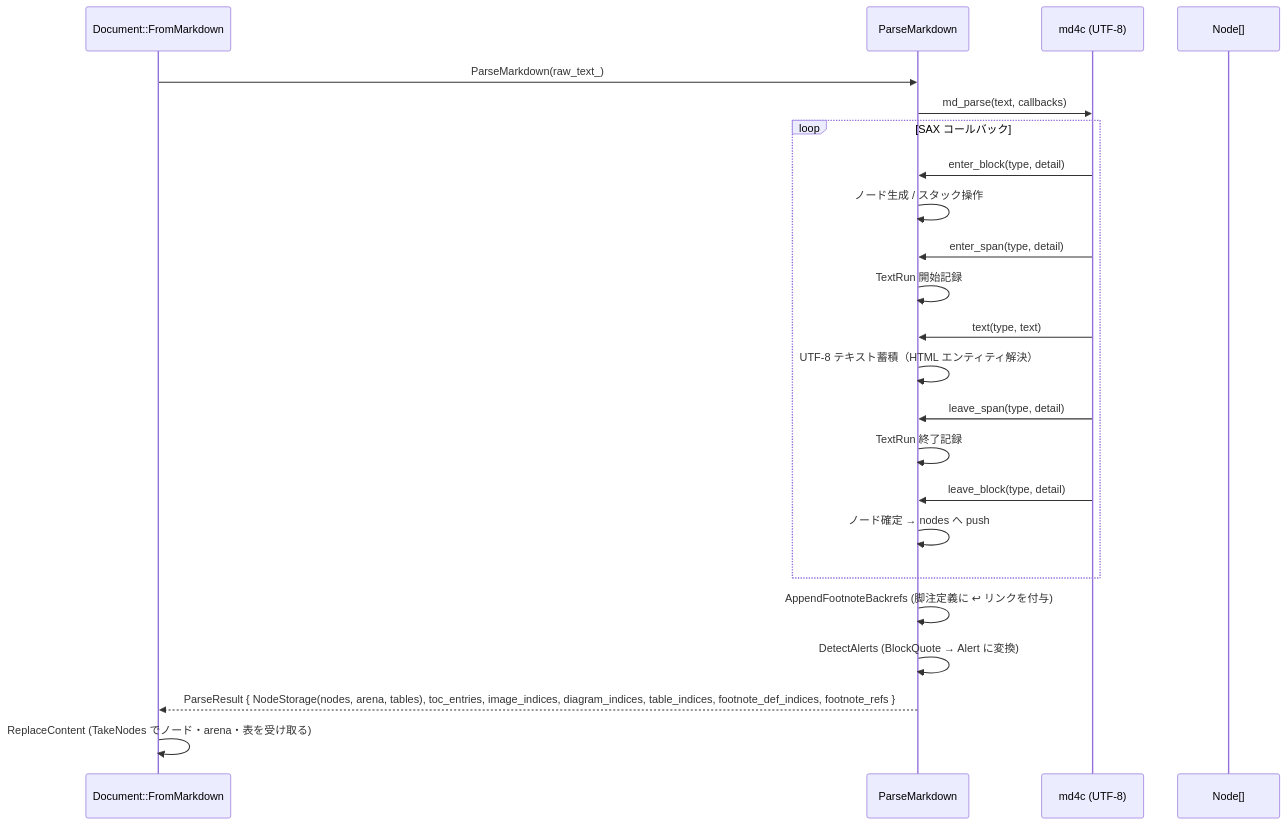
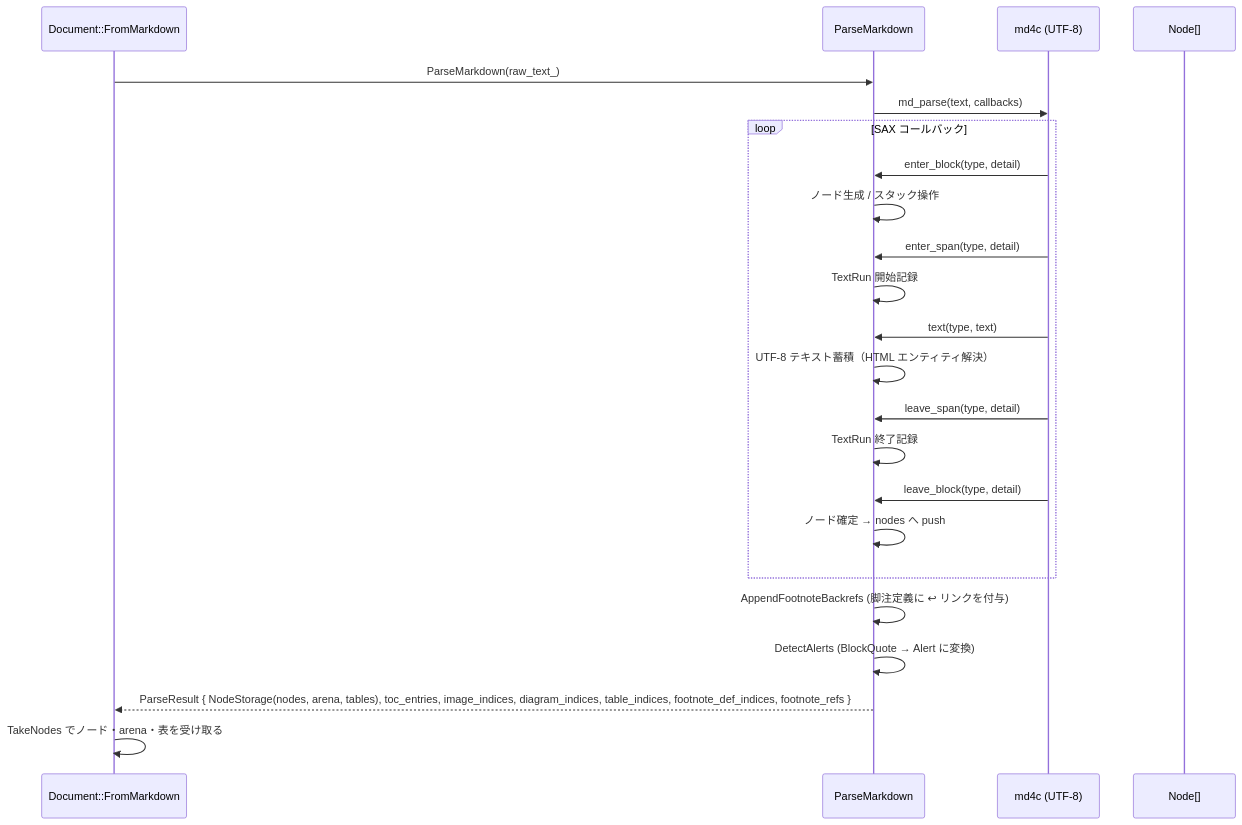
Before and after one commit to tanaton/mendo: the sixth of 27 diagrams in example/test.md, drawn with Mermaid. The commit also changed other lines of this file and 2 other files, not shown here.

````diff
--- a/example/test.md
+++ b/example/test.md
@@ -797,26 +794,26 @@
 ```mermaid
 sequenceDiagram
     participant DOC as Document::FromMarkdown
     participant P as ParseMarkdown
     participant MD as md4c (UTF-8)
     participant N as Node[]
 
     DOC->>P: ParseMarkdown(raw_text_)
     P->>MD: md_parse(text, callbacks)
     loop SAX コールバック
         MD->>P: enter_block(type, detail)
         P->>P: ノード生成 / スタック操作
         MD->>P: enter_span(type, detail)
         P->>P: TextRun 開始記録
         MD->>P: text(type, text)
         P->>P: UTF-8 テキスト蓄積（HTML エンティティ解決）
         MD->>P: leave_span(type, detail)
         P->>P: TextRun 終了記録
         MD->>P: leave_block(type, detail)
         P->>P: ノード確定 → nodes へ push
     end
     P->>P: AppendFootnoteBackrefs (脚注定義に ↩ リンクを付与)
     P->>P: DetectAlerts (BlockQuote → Alert に変換)
     P-->>DOC: ParseResult { NodeStorage(nodes, arena, tables), toc_entries, image_indices, diagram_indices, table_indices, footnote_def_indices, footnote_refs }
-    DOC->>DOC: ReplaceContent (TakeNodes でノード・arena・表を受け取る)
+    DOC->>DOC: TakeNodes でノード・arena・表を受け取る
 ```
````
